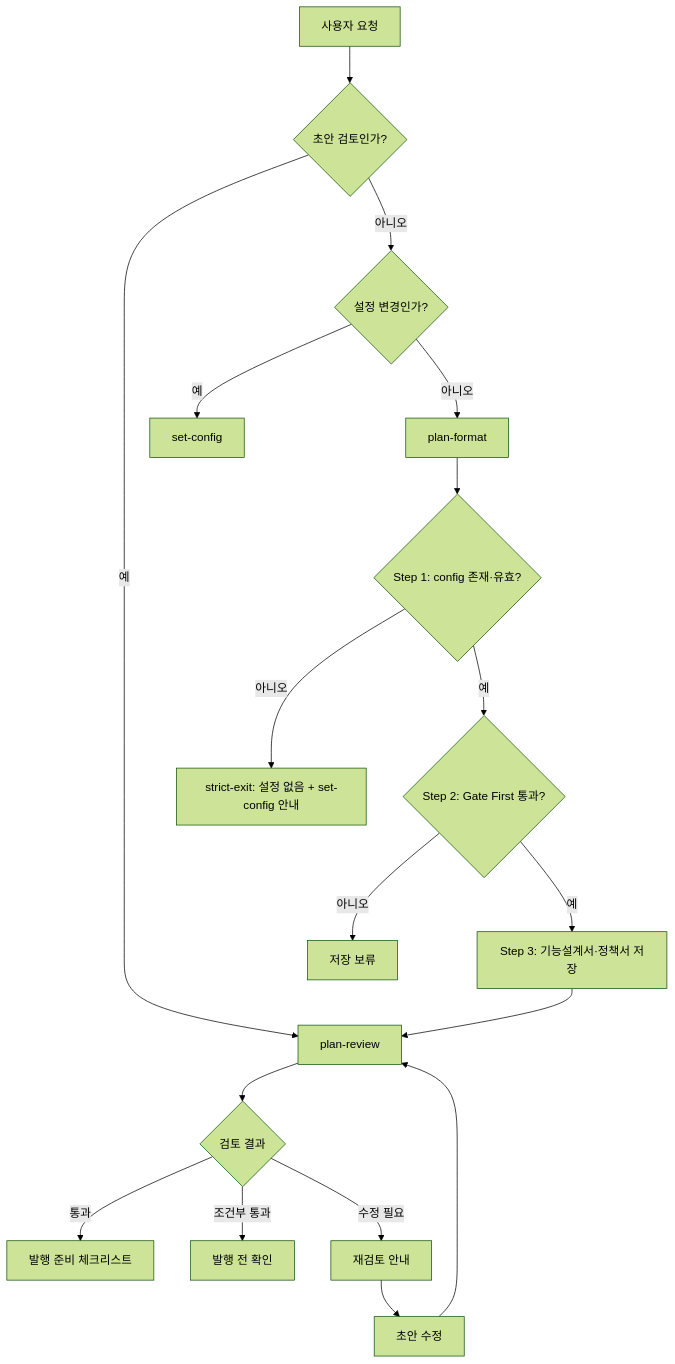
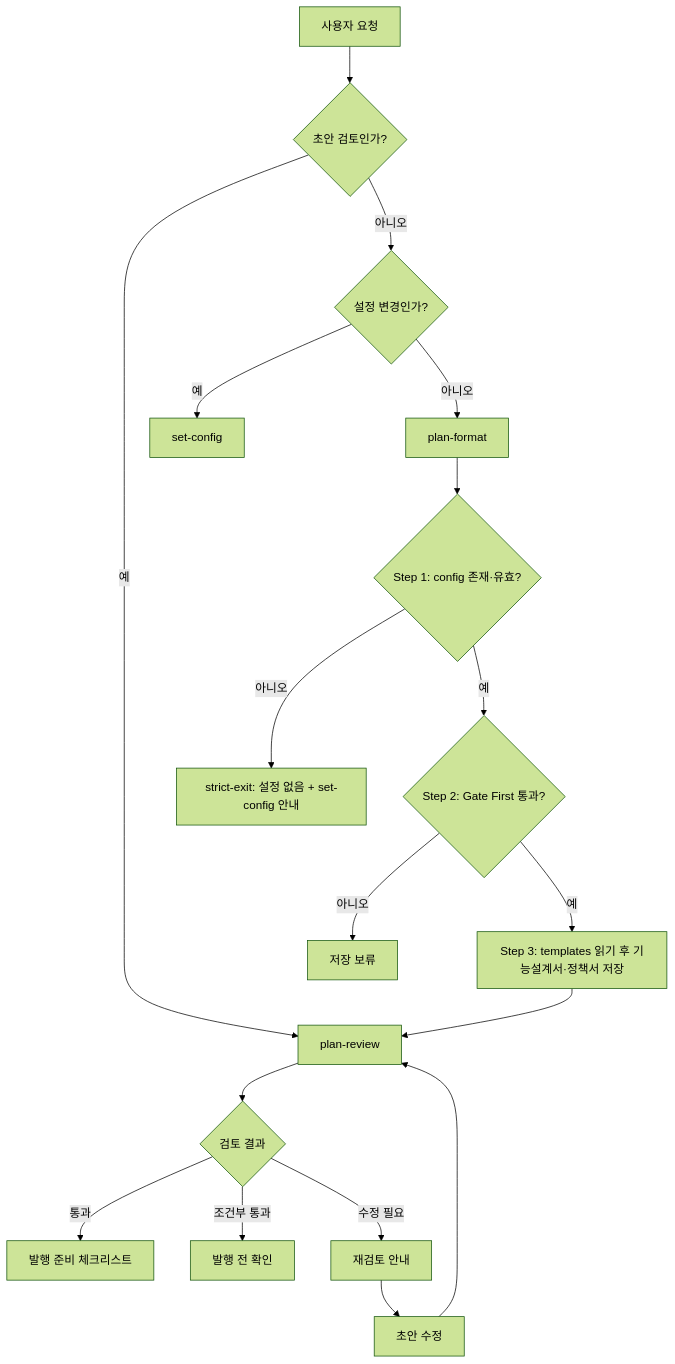
The diagram in product-team-kit/docs/feature-definition.md (inkwonjung-colosseum/plugins), drawn with Mermaid (forest theme) before and after one commit. The commit also changed other lines of this file and 37 other files, not shown here.

````diff
--- a/product-team-kit/docs/feature-definition.md
+++ b/product-team-kit/docs/feature-definition.md
@@ -168,20 +169,20 @@
 ```mermaid
 flowchart TD
     A[사용자 요청] --> B{초안 검토인가?}
     B -- 예 --> G[plan-review]
     B -- 아니오 --> Z{설정 변경인가?}
     Z -- 예 --> Z1[set-config]
     Z -- 아니오 --> C[plan-format]
     C --> S1{Step 1: config 존재·유효?}
     S1 -- 아니오 --> S1X[strict-exit: 설정 없음 + set-config 안내]
     S1 -- 예 --> D{Step 2: Gate First 통과?}
     D -- 아니오 --> E[저장 보류]
-    D -- 예 --> F[Step 3: 기능설계서·정책서 저장]
+    D -- 예 --> F[Step 3: templates 읽기 후 기능설계서·정책서 저장]
     F --> G
     G --> H{검토 결과}
     H -- 통과 --> I[발행 준비 체크리스트]
     H -- 조건부 통과 --> J[발행 전 확인]
     H -- 수정 필요 --> K[재검토 안내]
     K --> L[초안 수정]
     L --> G
 ```
````
